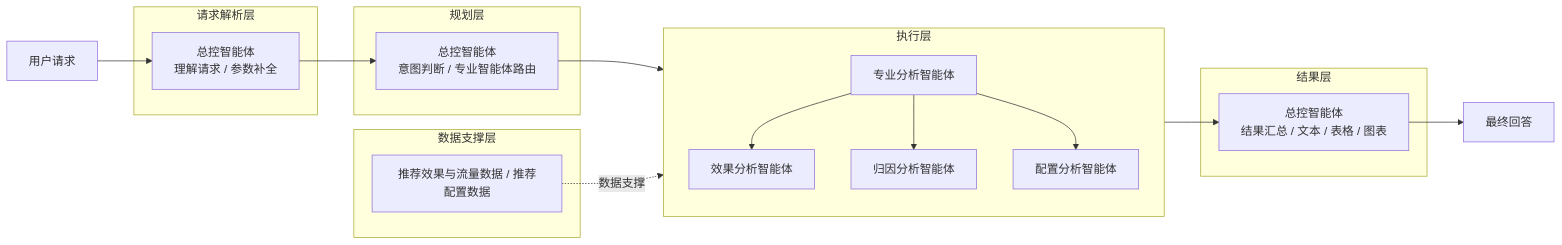
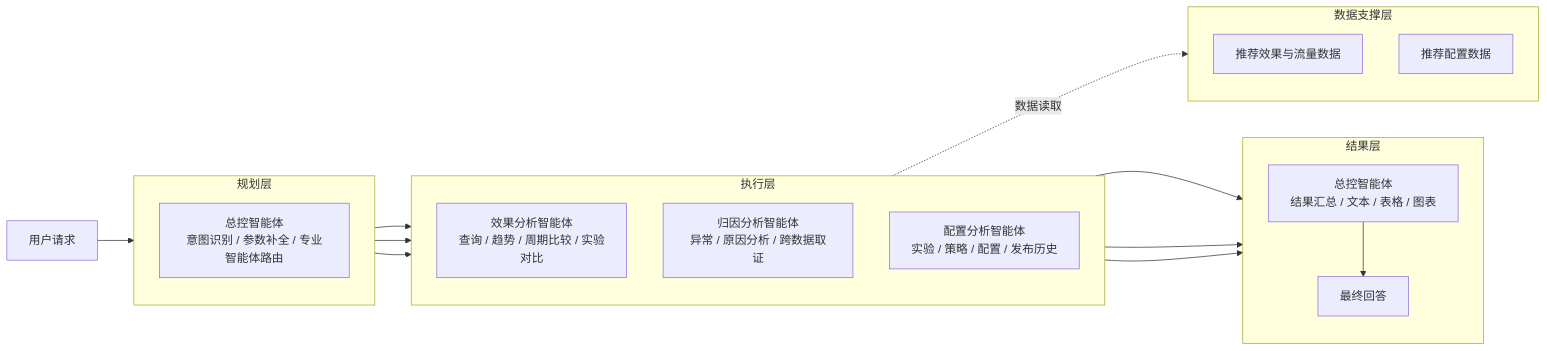
One commit to sgfd-ui/internship changed the first of 2 diagrams in weekly-report/agent-comparison.md. Above: the diagram before and after it, drawn with Mermaid. The commit also changed other lines of this file, not shown here.

Commit message:
docs: restore architecture comparison and simplify data links

````diff
--- a/weekly-report/agent-comparison.md
+++ b/weekly-report/agent-comparison.md
@@ -22,34 +22,40 @@
 ```mermaid
 flowchart LR
     U[用户请求]
 
-    subgraph Q[请求解析层]
-        Q1[总控智能体<br/>理解请求 / 参数补全]
-    end
-
     subgraph P[规划层]
-        P1[总控智能体<br/>意图判断 / 专业智能体路由]
+        direction TB
+        S[总控智能体<br/>意图识别 / 参数补全 / 专业智能体路由]
     end
 
     subgraph E[执行层]
         direction TB
-        E0[专业分析智能体]
-        E1[效果分析智能体]
-        E2[归因分析智能体]
-        E3[配置分析智能体]
-        E0 --> E1
-        E0 --> E2
-        E0 --> E3
+        E1[效果分析智能体<br/>查询 / 趋势 / 周期比较 / 实验对比]
+        E2[归因分析智能体<br/>异常 / 原因分析 / 跨数据取证]
+        E3[配置分析智能体<br/>实验 / 策略 / 配置 / 发布历史]
     end
 
     subgraph R[结果层]
-        R1[总控智能体<br/>结果汇总 / 文本 / 表格 / 图表]
+        direction TB
+        O[总控智能体<br/>结果汇总 / 文本 / 表格 / 图表]
+        F[最终回答]
     end
 
     subgraph D[数据支撑层]
-        D1[推荐效果与流量数据 / 推荐配置数据]
+        direction TB
+        D1[推荐效果与流量数据]
+        D2[推荐配置数据]
     end
 
-    U --> Q1 --> P1 --> E0 --> R1 --> F[最终回答]
-    D1 -.数据支撑.-> E0
+    U --> S
+    S --> E1
+    S --> E2
+    S --> E3
+
+    E1 --> O
+    E2 --> O
+    E3 --> O
+    O --> F
+
+    E -.数据读取.-> D
 ```
````
